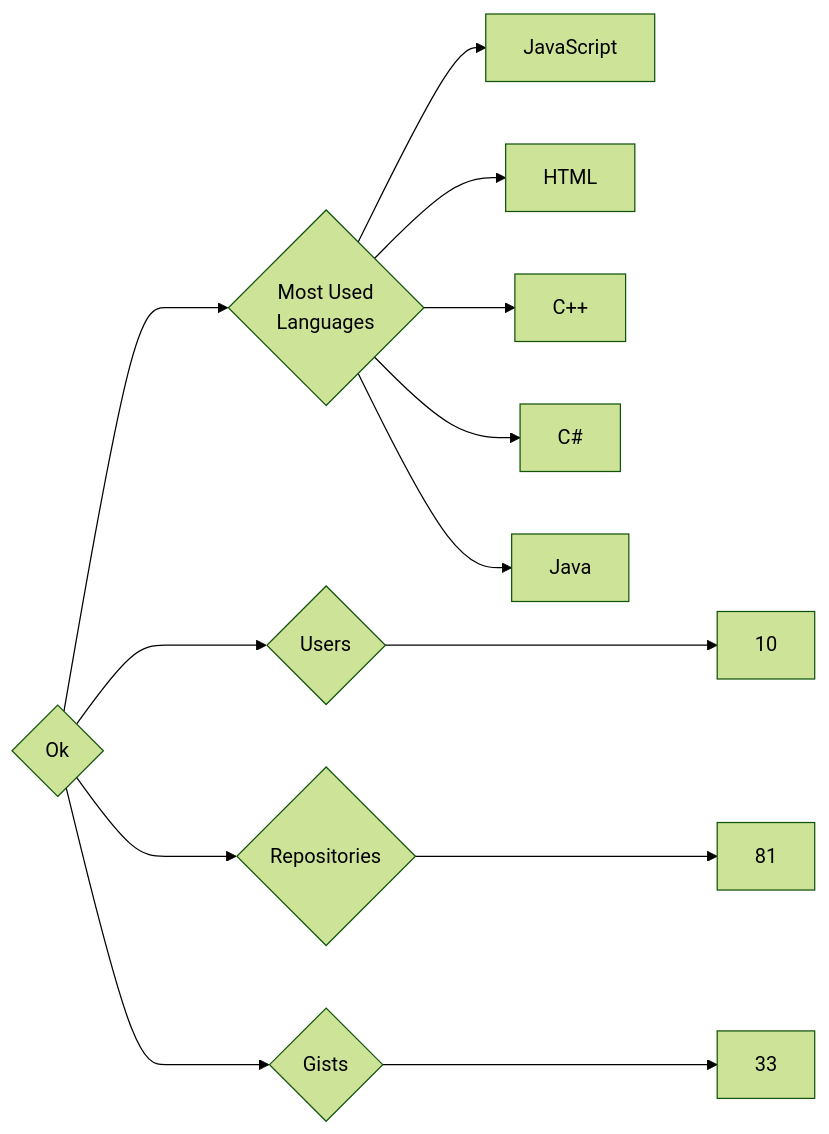
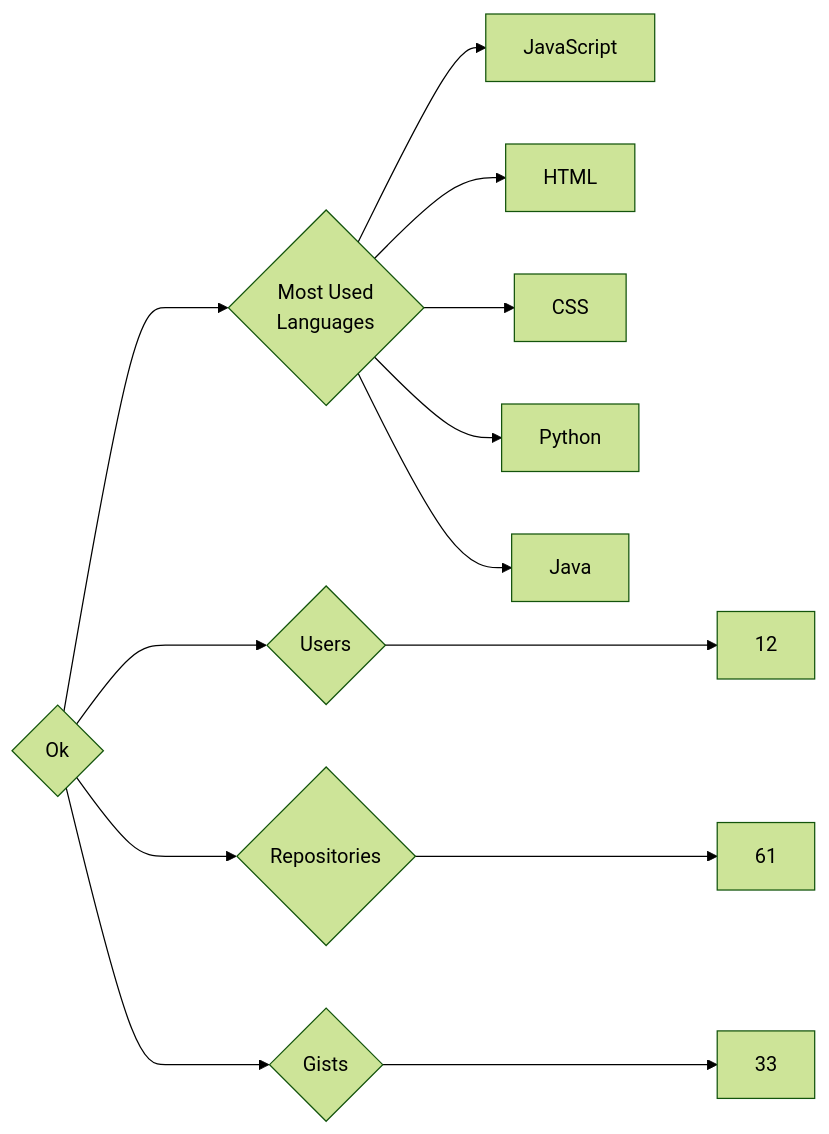
One commit to trickest/insiders changed the diagram in targets/Ok/README.md. Above: the diagram before and after it, drawn with Mermaid (forest theme). The commit also changed 582 other files, not shown here.

````diff
--- a/targets/Ok/README.md
+++ b/targets/Ok/README.md
@@ -3,13 +3,13 @@
 ```mermaid
 graph LR
 COMPANY_NAME{Ok}
-COMPANY_NAME ---> U{Users} ---> UN[10]
-COMPANY_NAME ---> R{Repositories} ---> RN[81]
+COMPANY_NAME ---> U{Users} ---> UN[12]
+COMPANY_NAME ---> R{Repositories} ---> RN[61]
 COMPANY_NAME ---> G{Gists} ---> GN[33]
 COMPANY_NAME ---> ML{Most Used<br>Languages}
 ML --> JavaScript[JavaScript]
 ML --> HTML[HTML]
-ML --> C++[C++]
-ML --> C#[C#]
+ML --> CSS[CSS]
+ML --> Python[Python]
 ML --> Java[Java]
 ```
````
